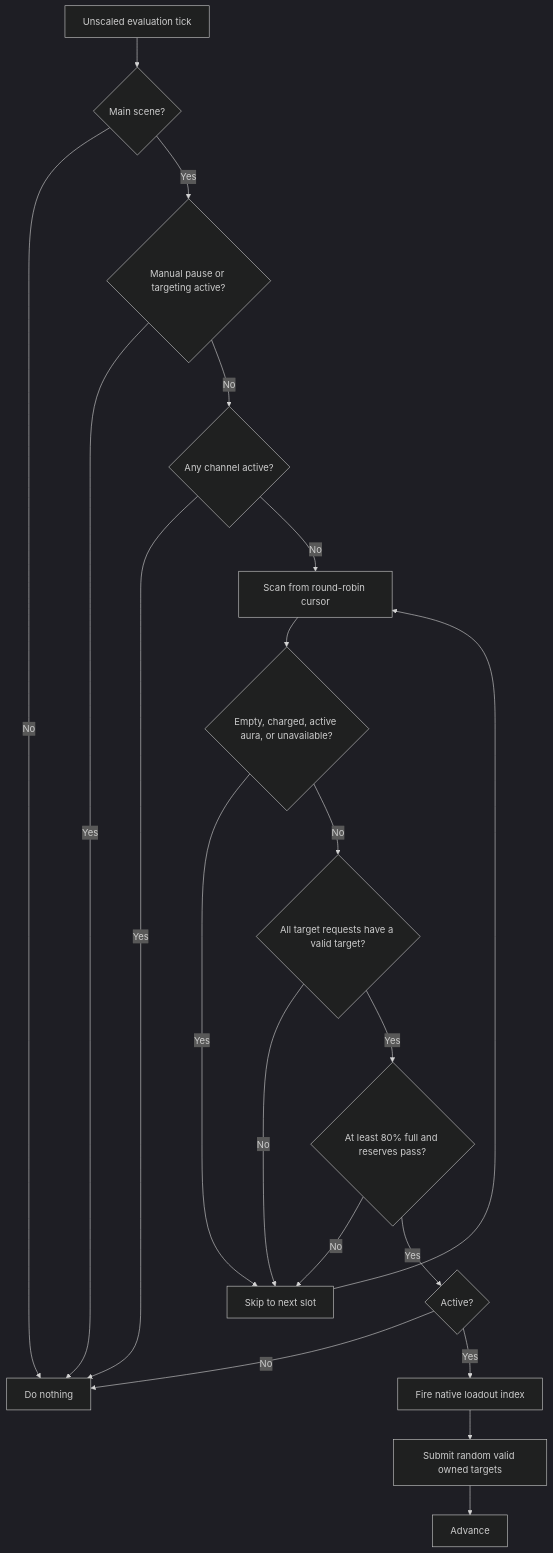
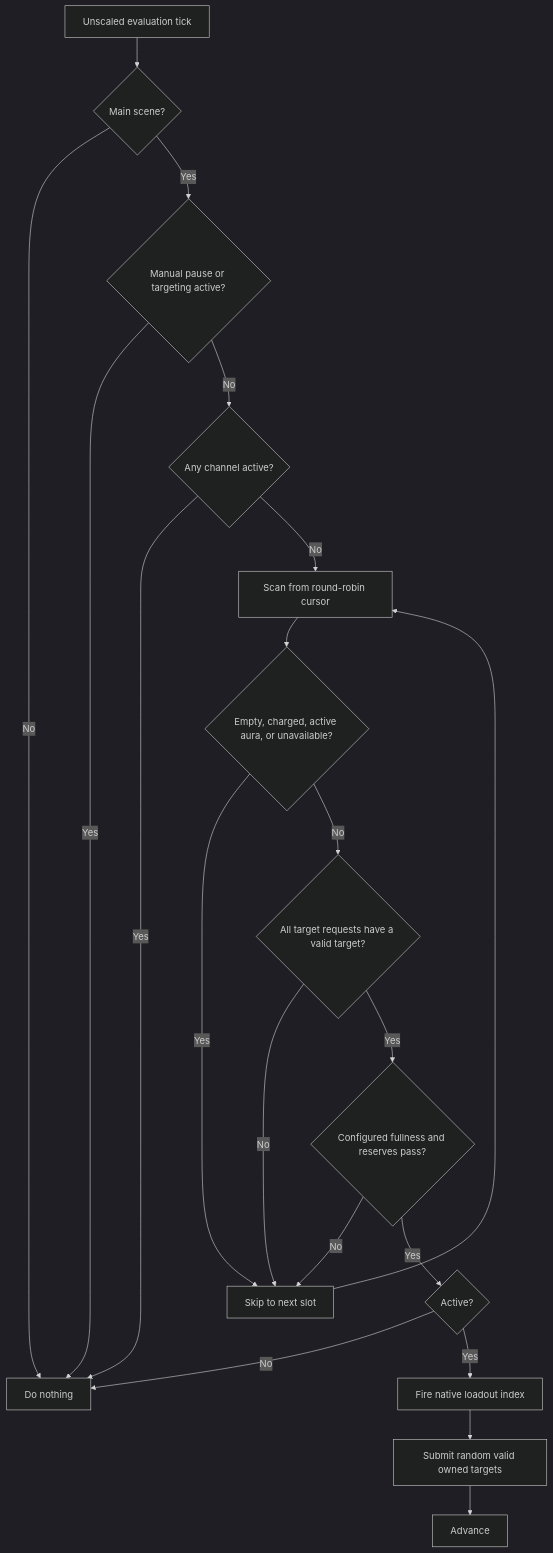
The diagram in docs/auto-cast-mvp.md (Vojow/OrbOfCreation-ModSuite), drawn with Mermaid (dark theme) before and after one commit. The commit also changed other lines of this file and 4 other files, not shown here.

````diff
--- a/docs/auto-cast-mvp.md
+++ b/docs/auto-cast-mvp.md
@@ -45,22 +45,22 @@
 ```mermaid
 flowchart TD
     Tick["Unscaled evaluation tick"] --> Scene{"Main scene?"}
     Scene -->|No| Stop["Do nothing"]
     Scene -->|Yes| Manual{"Manual pause or targeting active?"}
     Manual -->|Yes| Stop
     Manual -->|No| Channel{"Any channel active?"}
     Channel -->|Yes| Stop
     Channel -->|No| Slot["Scan from round-robin cursor"]
     Slot --> Shape{"Empty, charged, active aura, or unavailable?"}
     Shape -->|Yes| Next["Skip to next slot"]
     Shape -->|No| Targets{"All target requests have a valid target?"}
     Targets -->|No| Next
-    Targets -->|Yes| Resources{"At least 80% full and reserves pass?"}
+    Targets -->|Yes| Resources{"Configured fullness and reserves pass?"}
     Resources -->|No| Next
     Resources -->|Yes| Mode{"Active?"}
     Mode -->|No| Stop
     Mode -->|Yes| Fire["Fire native loadout index"]
     Fire --> AutoTarget["Submit random valid owned targets"]
     AutoTarget --> Advance
     Next --> Slot
 ```
````
